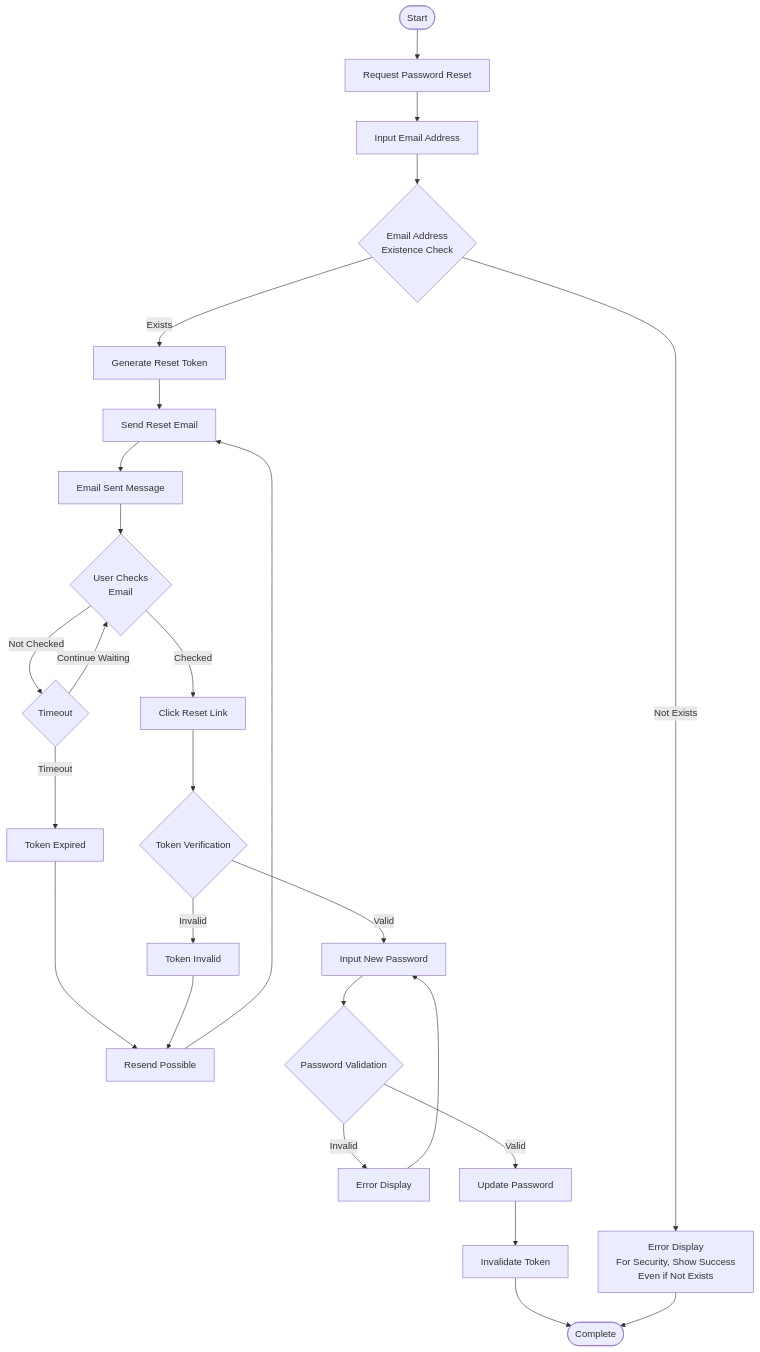
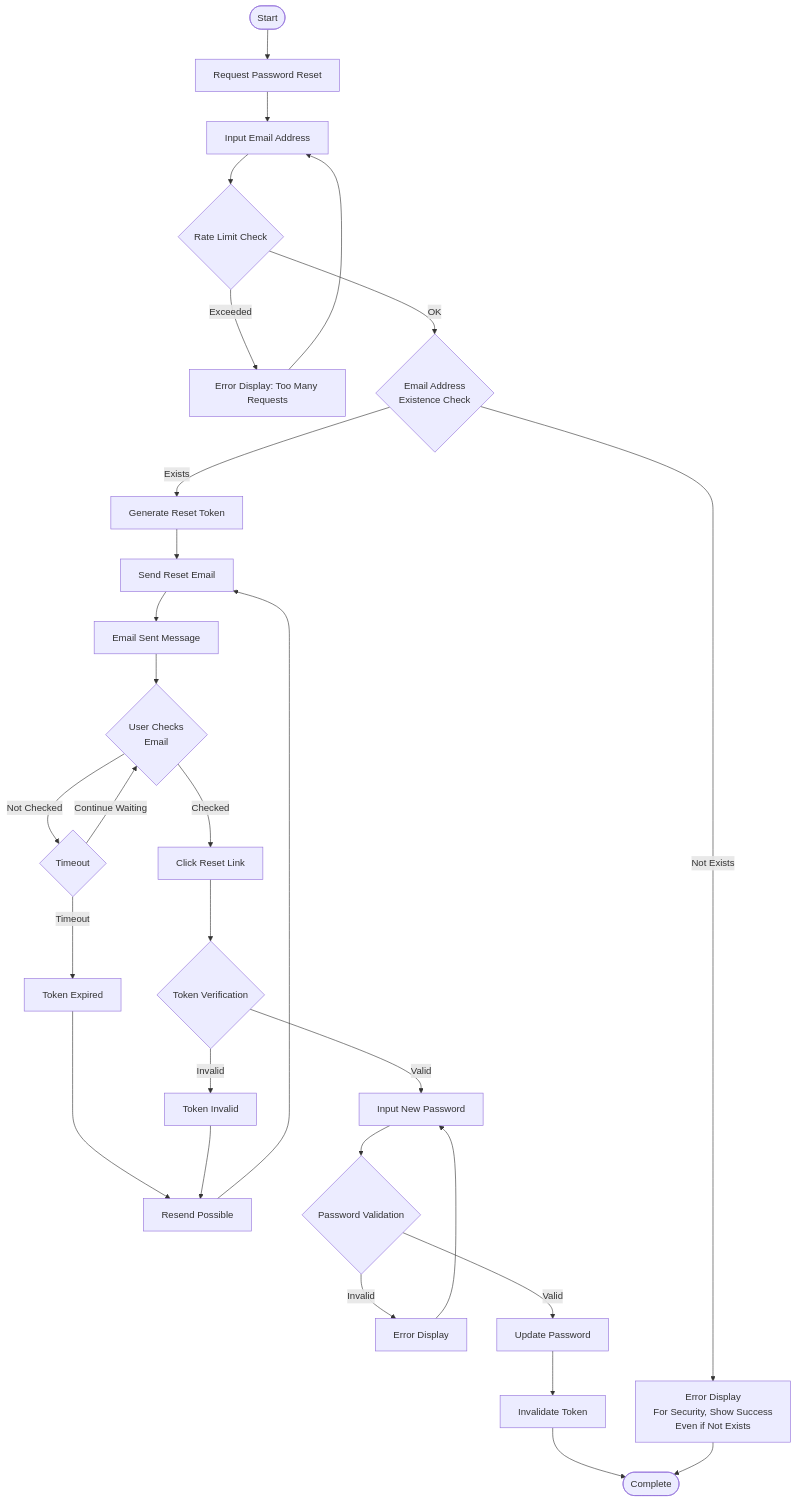
The sixth of 7 diagrams in docs/architecture/bpmn.md (yukiharada1228/videoq), drawn with Mermaid before and after one commit. The commit also changed other lines of this file and 7 other files, not shown here.

Commit message:
docs: update diagrams and README for rate limits, CACHE_URL, and popular scenes

````diff
--- a/docs/architecture/bpmn.md
+++ b/docs/architecture/bpmn.md
@@ -191,28 +197,31 @@
 ```mermaid
 flowchart TD
     Start([Start]) --> RequestReset[Request Password Reset]
     RequestReset --> InputEmail[Input Email Address]
-    InputEmail --> ValidateEmail{"Email Address<br>Existence Check"}
+    InputEmail --> RateLimit{"Rate Limit Check"}
+    RateLimit -->|Exceeded| ErrorRateLimit[Error Display: Too Many Requests]
+    ErrorRateLimit --> InputEmail
+    RateLimit -->|OK| ValidateEmail{"Email Address<br>Existence Check"}
     ValidateEmail -->|Not Exists| ShowError[Error Display<br/>For Security, Show Success<br/>Even if Not Exists]
     ValidateEmail -->|Exists| GenerateToken[Generate Reset Token]
     GenerateToken --> SendEmail[Send Reset Email]
     SendEmail --> ShowMessage[Email Sent Message]
     ShowMessage --> WaitEmail{"User Checks<br>Email"}
     WaitEmail -->|Not Checked| Timeout{Timeout}
     Timeout -->|Timeout| Expire[Token Expired]
     Expire --> Resend[Resend Possible]
     Resend --> SendEmail
     Timeout -->|Continue Waiting| WaitEmail
     WaitEmail -->|Checked| ClickLink[Click Reset Link]
     ClickLink --> VerifyToken{Token Verification}
     VerifyToken -->|Invalid| InvalidToken[Token Invalid]
     InvalidToken --> Resend
     VerifyToken -->|Valid| InputPassword[Input New Password]
     InputPassword --> ValidatePassword{Password Validation}
     ValidatePassword -->|Invalid| ShowError2[Error Display]
     ShowError2 --> InputPassword
     ValidatePassword -->|Valid| UpdatePassword[Update Password]
     UpdatePassword --> InvalidateToken[Invalidate Token]
     InvalidateToken --> Complete([Complete])
     ShowError --> Complete
 ```
````
